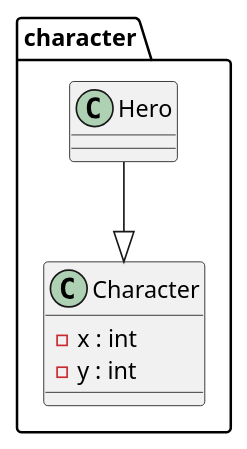
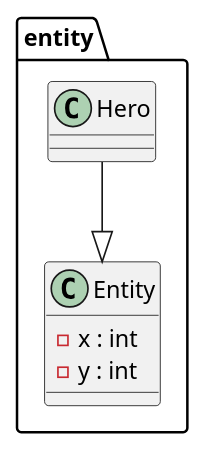
Before and after one commit to Reynault/ACL_2019_Zelpop: the diagram in doc/first_sprint/diagrams/class/character.puml, drawn with PlantUML. The commit also changed 5 other files, not shown here.

```diff
--- a/doc/first_sprint/diagrams/class/character.puml
+++ b/doc/first_sprint/diagrams/class/character.puml
@@ -1,18 +1,18 @@
 @startuml
 
-package character{
+package entity{
 
-    class Character{
+    class Entity{
         - x : int
         - y : int
     }
 
     class Hero{
 
     }
 
 }
 
-Hero --|> Character
+Hero --|> Entity
 
 @enduml
```
